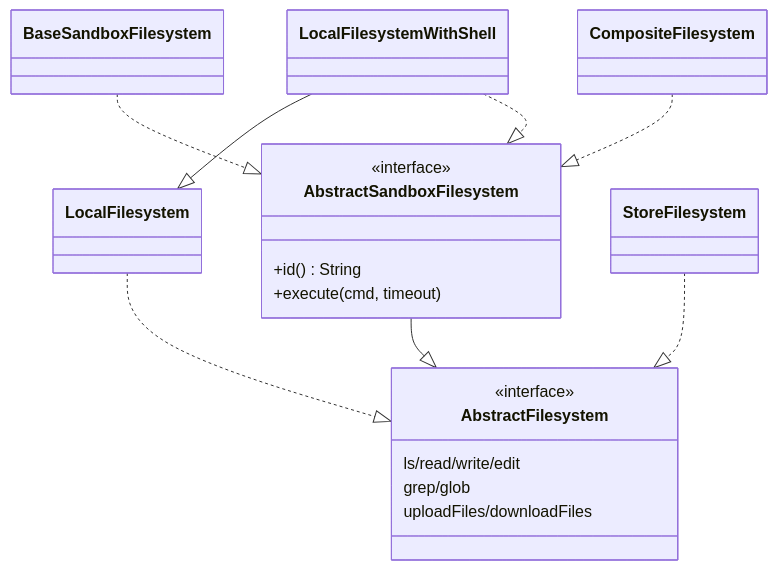
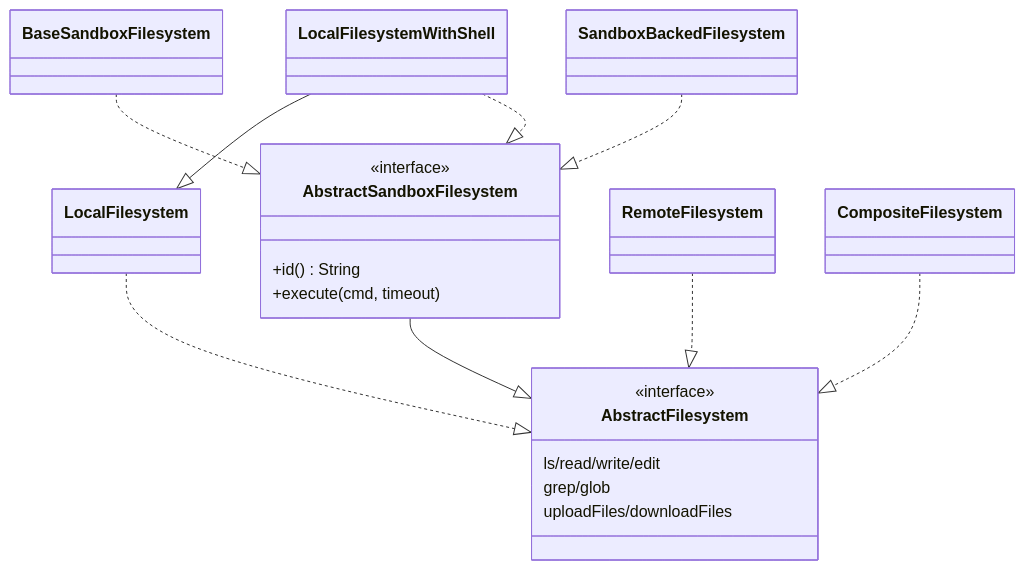
One commit to agentscope-ai/agentscope-java changed the diagram in docs/zh/harness/filesystem.md. Above: the diagram before and after it, drawn with Mermaid. The commit also changed other lines of this file and 38 other files, not shown here.

````diff
--- a/docs/zh/harness/filesystem.md
+++ b/docs/zh/harness/filesystem.md
@@ -20,28 +42,30 @@
 ```mermaid
 classDiagram
     class AbstractFilesystem {
         <<interface>>
         ls/read/write/edit
         grep/glob
         uploadFiles/downloadFiles
     }
     class AbstractSandboxFilesystem {
         <<interface>>
         +id() String
         +execute(cmd, timeout)
     }
     AbstractSandboxFilesystem --|> AbstractFilesystem
 
     class LocalFilesystem
     class LocalFilesystemWithShell
     class BaseSandboxFilesystem
-    class StoreFilesystem
+    class RemoteFilesystem
     class CompositeFilesystem
+    class SandboxBackedFilesystem
 
     LocalFilesystem ..|> AbstractFilesystem
-    StoreFilesystem ..|> AbstractFilesystem
+    RemoteFilesystem ..|> AbstractFilesystem
     LocalFilesystemWithShell --|> LocalFilesystem
     LocalFilesystemWithShell ..|> AbstractSandboxFilesystem
     BaseSandboxFilesystem ..|> AbstractSandboxFilesystem
-    CompositeFilesystem ..|> AbstractSandboxFilesystem
+    CompositeFilesystem ..|> AbstractFilesystem
+    SandboxBackedFilesystem ..|> AbstractSandboxFilesystem
 ```
````
